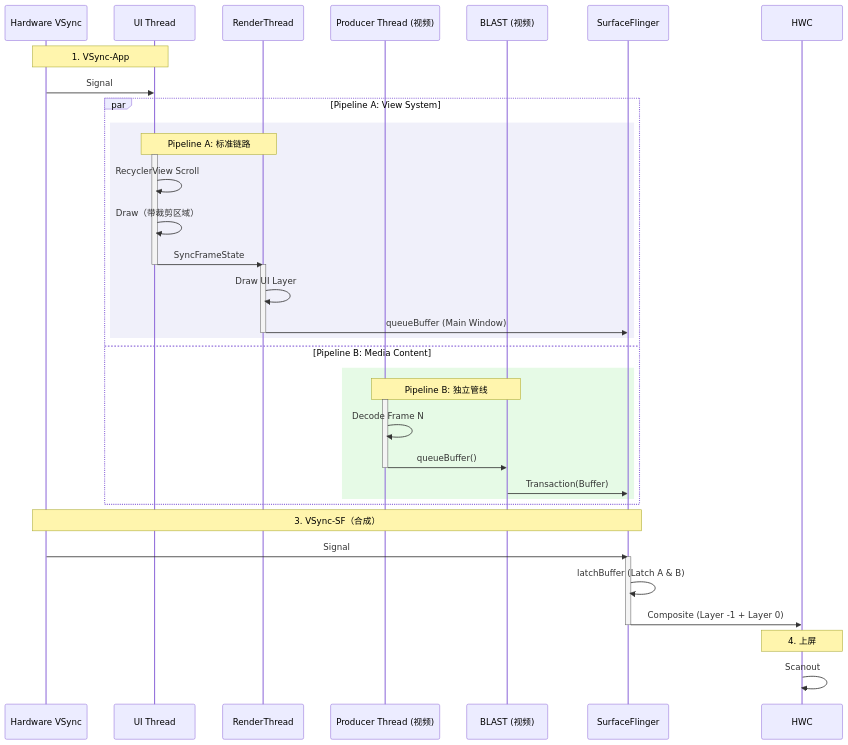
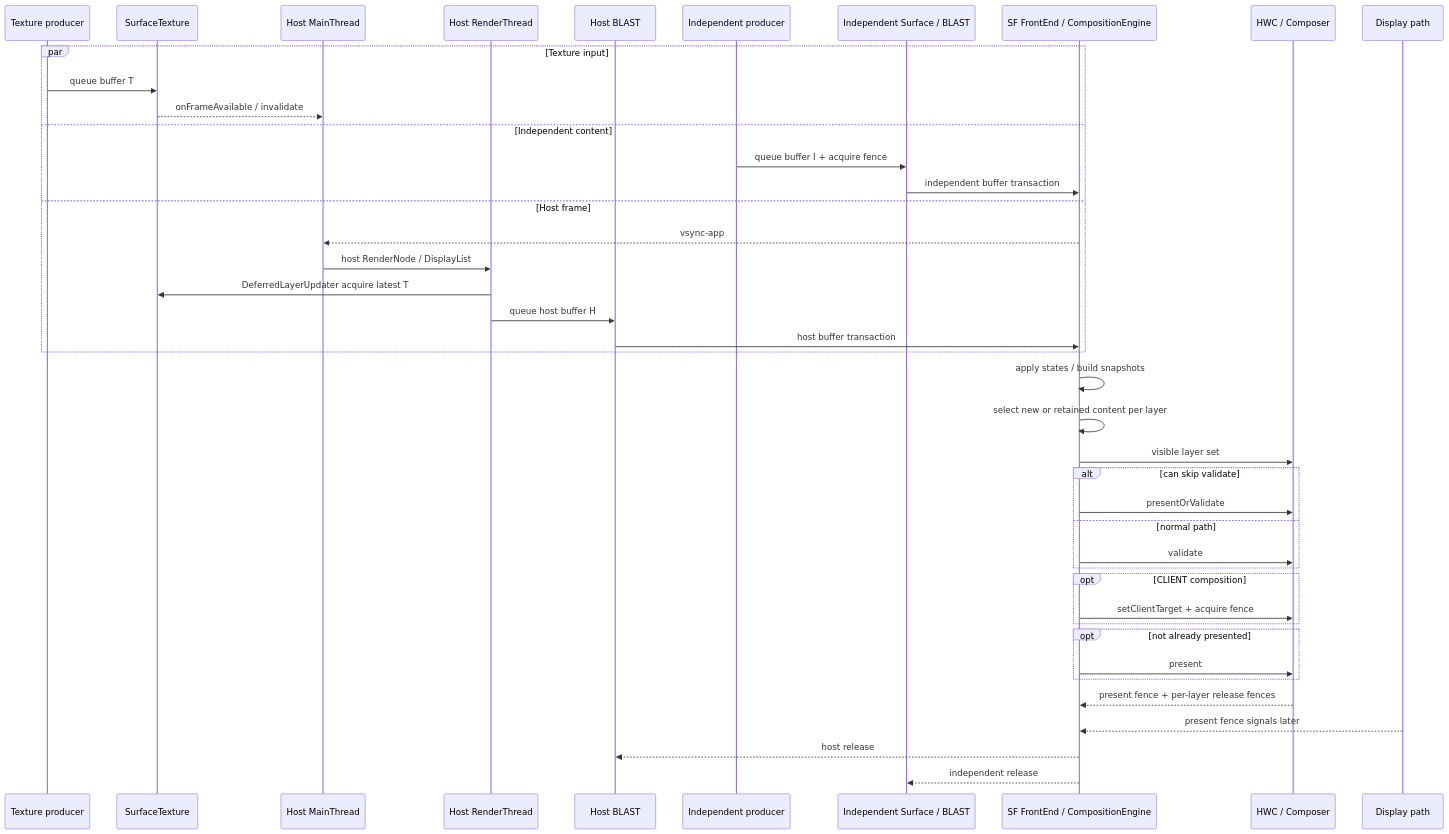
Before and after one commit to Gracker/android-internals-wiki: the second of 2 diagrams in src/part2-performance/ch18-rendering-pipelines/04-android-view-mixed.md, drawn with Mermaid. The commit also changed other lines of this file, not shown here.

Commit message:
docs(rendering): rebuild Android 17 mixed pipeline

````diff
--- a/src/part2-performance/ch18-rendering-pipelines/04-android-view-mixed.md
+++ b/src/part2-performance/ch18-rendering-pipelines/04-android-view-mixed.md
@@ -137,49 +231,46 @@
 ```mermaid
 sequenceDiagram
-    participant HW as Hardware VSync
-    participant UI as UI Thread
-    participant RT as RenderThread
-    participant PT as Producer Thread (视频)
-    participant BBQ_V as BLAST (视频)
-    participant SF as SurfaceFlinger
-    participant HWC as HWC
+    participant TP as Texture producer
+    participant ST as SurfaceTexture
+    participant UI as Host MainThread
+    participant RT as Host RenderThread
+    participant HB as Host BLAST
+    participant IP as Independent producer
+    participant IB as Independent Surface / BLAST
+    participant SF as SF FrontEnd / CompositionEngine
+    participant HWC as HWC / Composer
+    participant DD as Display path
 
-    Note over HW, UI: 1. VSync-App
-    HW->>UI: Signal
-    
-    par Pipeline A: View System
-        rect rgb(240, 240, 250)
-            Note over UI, RT: Pipeline A: 标准链路
-            activate UI
-            UI->>UI: RecyclerView Scroll
-            UI->>UI: Draw（带裁剪区域）
-            UI->>RT: SyncFrameState
-            deactivate UI
-            
-            activate RT
-            RT->>RT: Draw UI Layer
-            RT->>SF: queueBuffer (Main Window)
-            deactivate RT
-        end
-        
-    and Pipeline B: Media Content
-        rect rgb(230, 250, 230)
-            Note over PT, BBQ_V: Pipeline B: 独立管线
-            activate PT
-            PT->>PT: Decode Frame N
-            PT->>BBQ_V: queueBuffer()
-            deactivate PT
-            BBQ_V->>SF: Transaction(Buffer)
-        end
+    par Texture input
+        TP->>ST: queue buffer T
+        ST-->>UI: onFrameAvailable / invalidate
+    and Independent content
+        IP->>IB: queue buffer I + acquire fence
+        IB->>SF: independent buffer transaction
+    and Host frame
+        SF-->>UI: vsync-app
+        UI->>RT: host RenderNode / DisplayList
+        RT->>ST: DeferredLayerUpdater acquire latest T
+        RT->>HB: queue host buffer H
+        HB->>SF: host buffer transaction
     end
 
-    Note over HW, SF: 3. VSync-SF（合成）
-    HW->>SF: Signal
-    activate SF
-    SF->>SF: latchBuffer (Latch A & B)
-    SF->>HWC: Composite (Layer -1 + Layer 0)
-    deactivate SF
-
-    Note over HWC: 4. 上屏
-    HWC->>HWC: Scanout
+    SF->>SF: apply states / build snapshots
+    SF->>SF: select new or retained content per layer
+    SF->>HWC: visible layer set
+    alt can skip validate
+        SF->>HWC: presentOrValidate
+    else normal path
+        SF->>HWC: validate
+    end
+    opt CLIENT composition
+        SF->>HWC: setClientTarget + acquire fence
+    end
+    opt not already presented
+        SF->>HWC: present
+    end
+    HWC-->>SF: present fence + per-layer release fences
+    DD-->>SF: present fence signals later
+    SF-->>HB: host release
+    SF-->>IB: independent release
 ```
````
